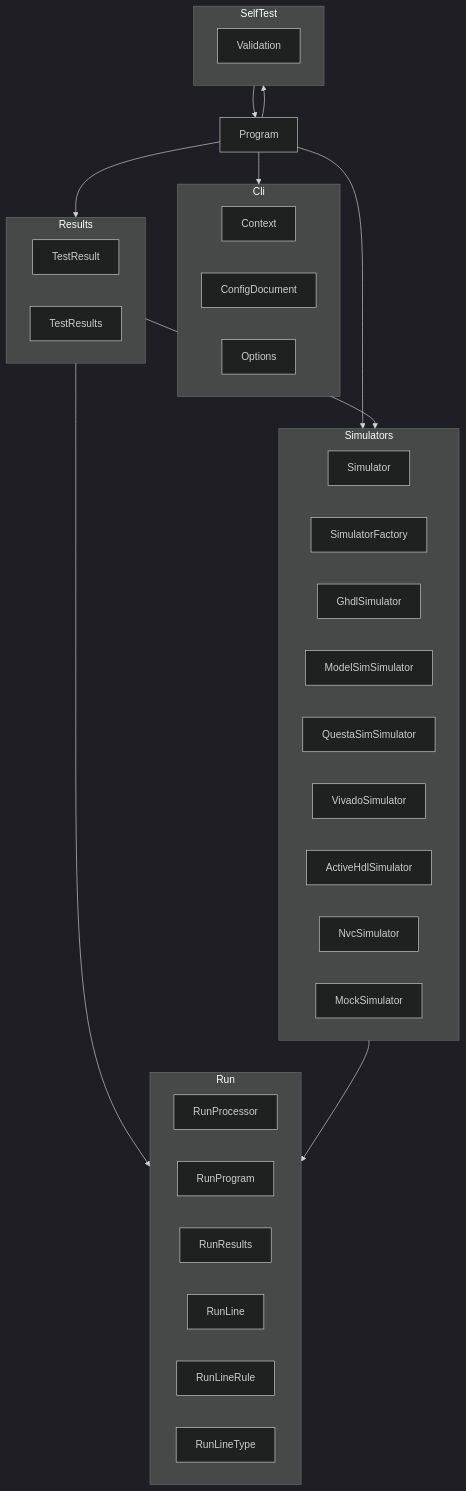
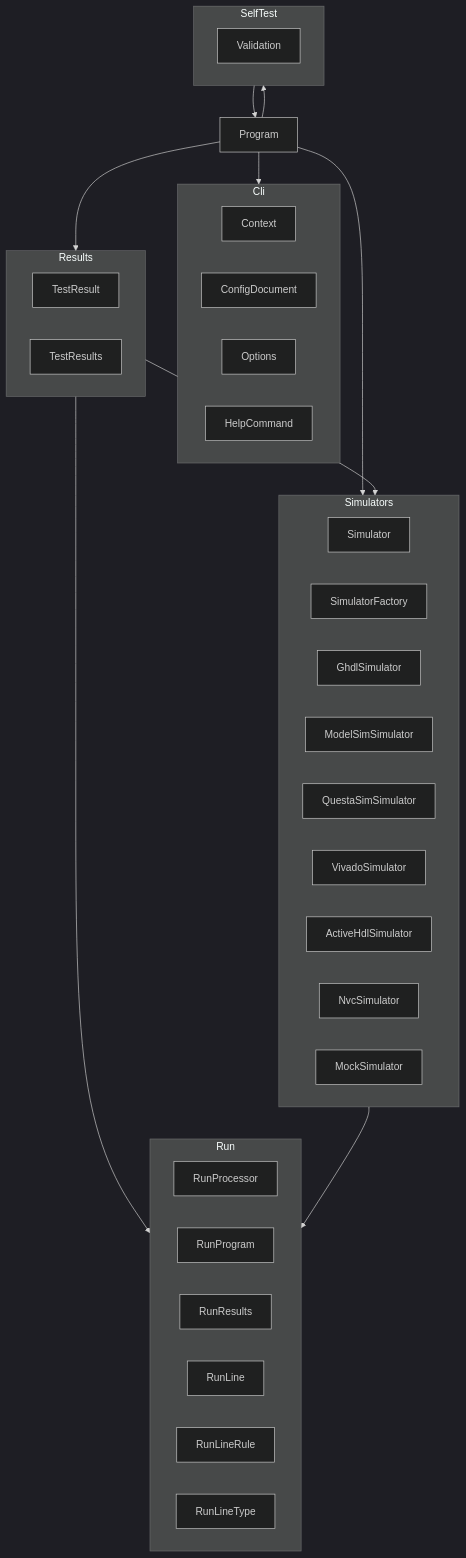
One commit to demaconsulting/VHDLTest changed the diagram in docs/design/vhdltest.md. Above: the diagram before and after it, drawn with Mermaid (dark theme). The commit also changed other lines of this file and 57 other files, not shown here.

````diff
--- a/docs/design/vhdltest.md
+++ b/docs/design/vhdltest.md
@@ -15,49 +15,50 @@
 ```mermaid
 flowchart TD
     Program
 
     subgraph Cli
         Context
         ConfigDocument
         Options
+        HelpCommand
     end
 
     subgraph Simulators
         Simulator
         SimulatorFactory
         GhdlSimulator
         ModelSimSimulator
         QuestaSimSimulator
         VivadoSimulator
         ActiveHdlSimulator
         NvcSimulator
         MockSimulator
     end
 
     subgraph Run
         RunProcessor
         RunProgram
         RunResults
         RunLine
         RunLineRule
         RunLineType
     end
 
     subgraph Results
         TestResult
         TestResults
     end
 
     subgraph SelfTest
         Validation
     end
 
     Program --> Cli
     Program --> Simulators
     Program --> Results
     Program --> SelfTest
     Results --> Run
     Results --> Simulators
     Simulators --> Run
     SelfTest --> Program
 ```
````
